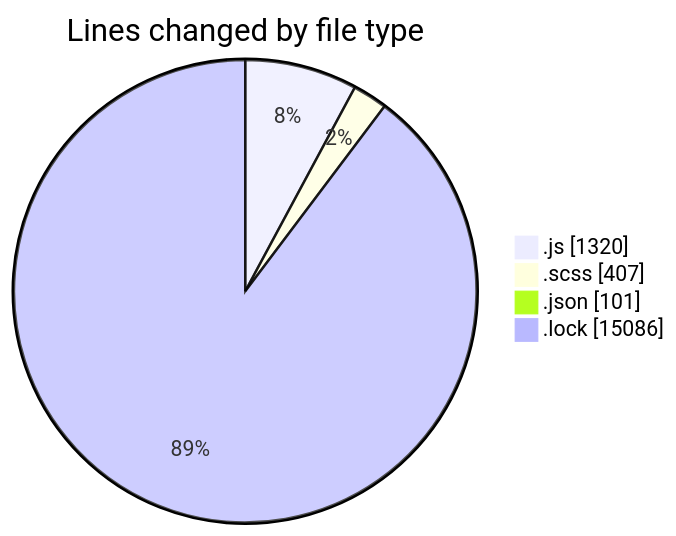
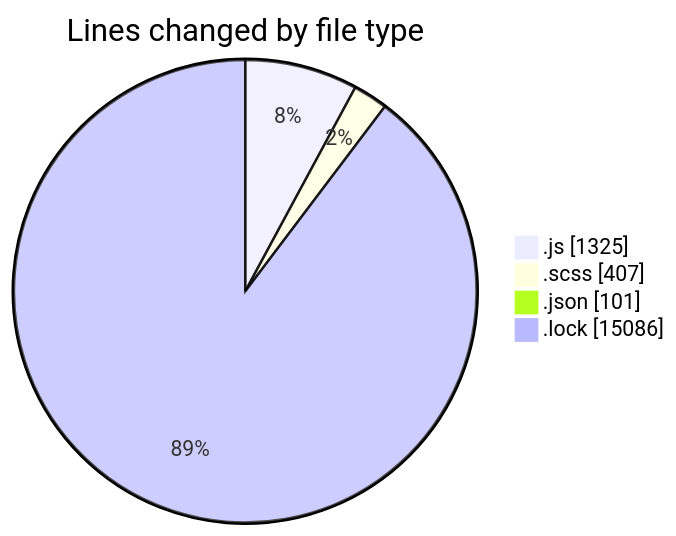
Before and after one commit to momahboobian/code-tracking: the first of 2 diagrams in 2026-01-05/cda/README.md, drawn with Mermaid. The commit also changed other lines of this file and 1 other file, not shown here.

````diff
--- a/2026-01-05/cda/README.md
+++ b/2026-01-05/cda/README.md
@@ -35,8 +35,8 @@
 ```mermaid
 pie showData
 title Lines changed by file type
-".js" : 1320
+".js" : 1325
 ".scss" : 407
 ".json" : 101
 ".lock" : 15086
 ```
````
